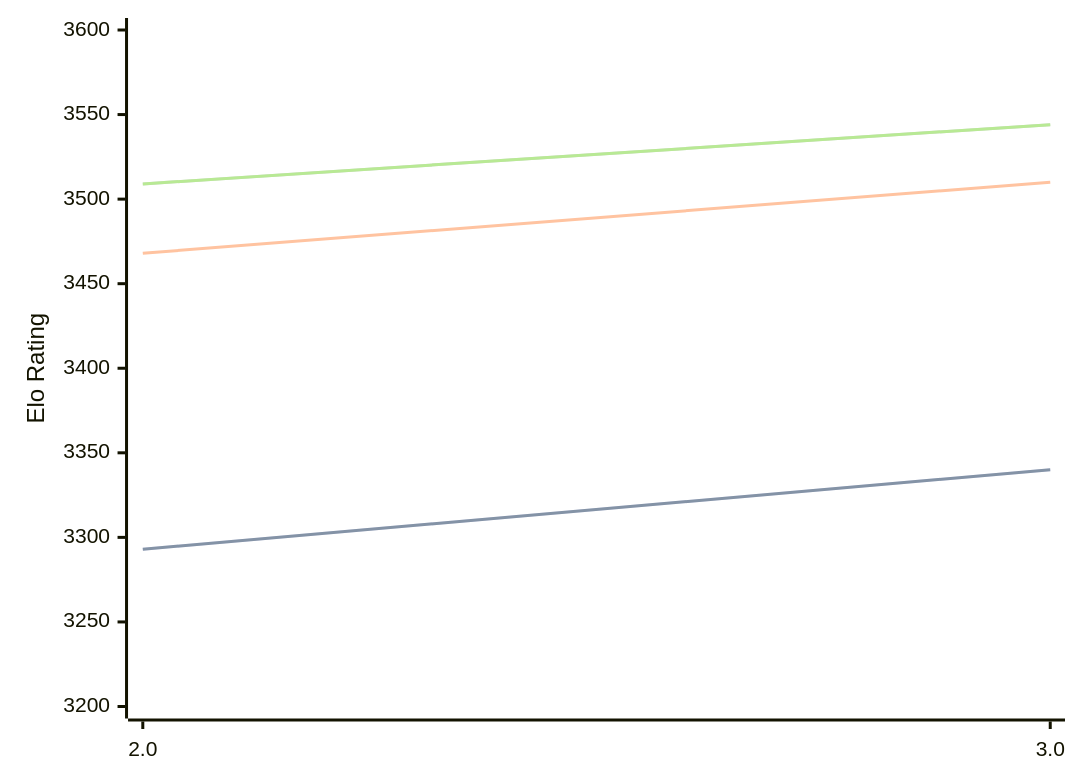
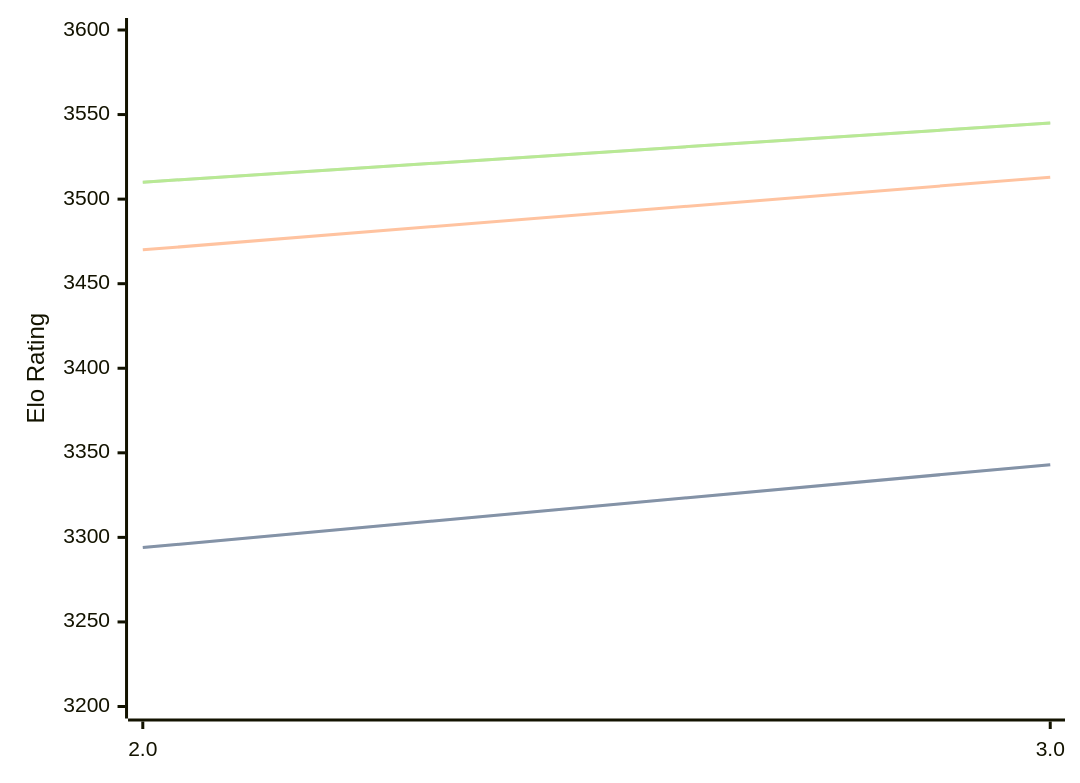
One commit to computer-chess-index/cci changed the diagram in engines/Quanticade.md. Above: the diagram before and after it, drawn with Mermaid. The commit also changed other lines of this file, not shown here.

Commit message:
Update CCI Ratings (ELO VLTC) - 2026-08-22

````diff
--- a/engines/Quanticade.md
+++ b/engines/Quanticade.md
@@ -32,11 +32,11 @@
 ```mermaid
 %%{init: {"theme":"base","themeVariables":{"seriesColors:['#a3a3a3','#222221','#faa371']}}}%%
 xychart-beta
   x-axis ["2.0", "3.0"]
   y-axis "Elo Rating" 3200 --> 3600
-  line "STC (8.0+0.08s)" [3293, 3340]
-  line "STC (8.0+0.08s)" [3293, 3340]
-  line "LTC (60.0+0.60s)" [3468, 3510]
-  line "VLTC (2m24s+1.12s)" [3509, 3544]
-  line "VLTC (2m24s+1.12s)" [3509, 3544]
+  line "STC (8.0+0.08s)" [3294, 3343]
+  line "STC (8.0+0.08s)" [3294, 3343]
+  line "LTC (60.0+0.60s)" [3470, 3513]
+  line "VLTC (2m24s+1.12s)" [3510, 3545]
+  line "VLTC (2m24s+1.12s)" [3510, 3545]
 ```
````
